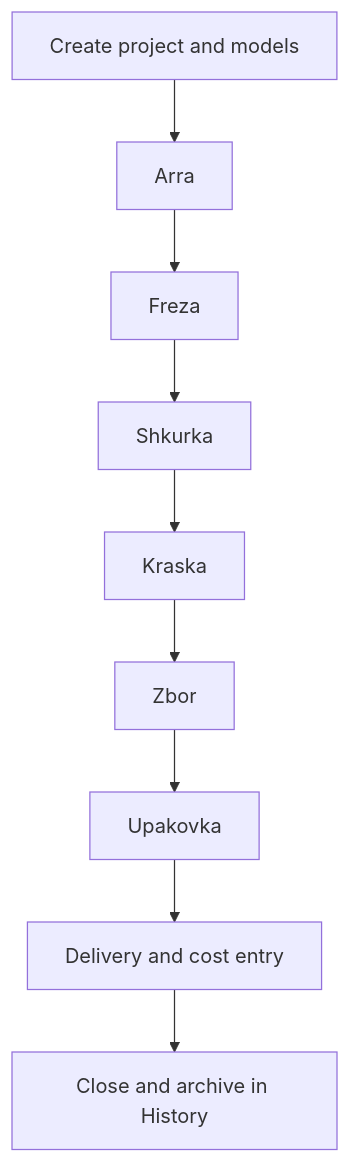
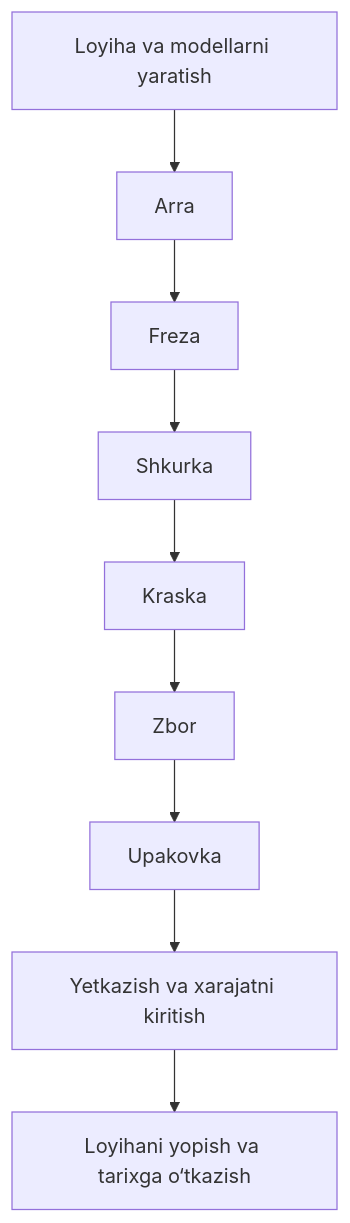
The second of 2 diagrams in docs/04-diagrams/diagram-index.md (shamsiyevshamsiddin19/PROFUR), drawn with Mermaid before and after one commit. The commit also changed other lines of this file, not shown here.

````diff
--- a/docs/04-diagrams/diagram-index.md
+++ b/docs/04-diagrams/diagram-index.md
@@ -18,11 +20,11 @@
 ```mermaid
 flowchart TD
-  P[Create project and models] --> A[Arra]
+  P[Loyiha va modellarni yaratish] --> A[Arra]
   A --> B[Freza]
   B --> C[Shkurka]
   C --> D[Kraska]
   D --> E[Zbor]
   E --> F[Upakovka]
-  F --> G[Delivery and cost entry]
-  G --> H[Close and archive in History]
+  F --> G[Yetkazish va xarajatni kiritish]
+  G --> H[Loyihani yopish va tarixga o‘tkazish]
 ```
````
